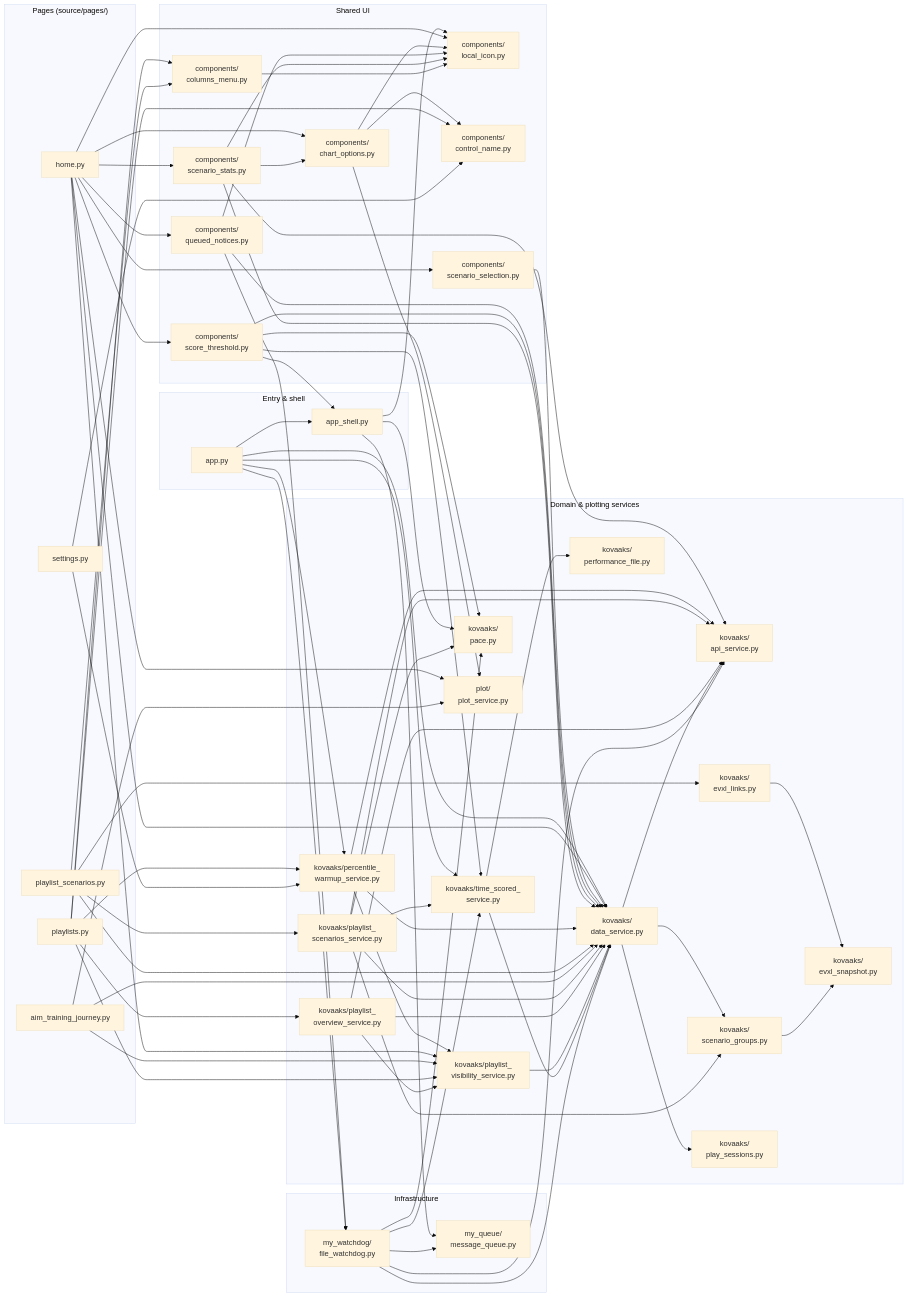
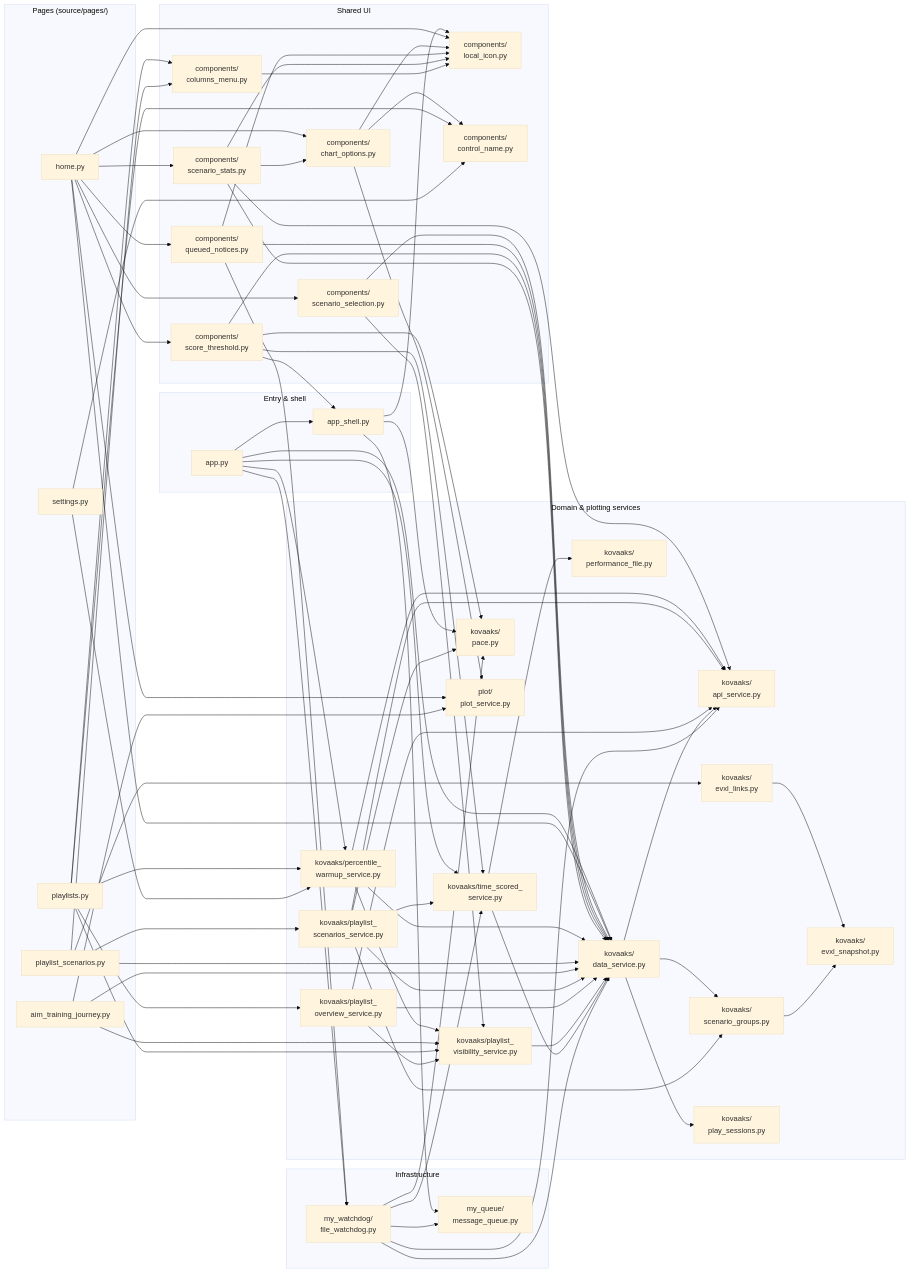
One commit to MingoDynasty/Corporate-Serf-Dashboard changed the third of 3 diagrams in docs/architecture.md. Above: the diagram before and after it, drawn with Mermaid (base theme). The commit also changed other lines of this file and 4 other files, not shown here.

```diff
--- a/docs/architecture.md
+++ b/docs/architecture.md
@@ -326,7 +326,7 @@
     Journey --> PlotService
     SettingsPage --> WarmupService
 
-    Home --> Visibility
+    ScenarioSelection --> Visibility
     Journey --> Visibility
     Playlists --> Visibility
 
```
